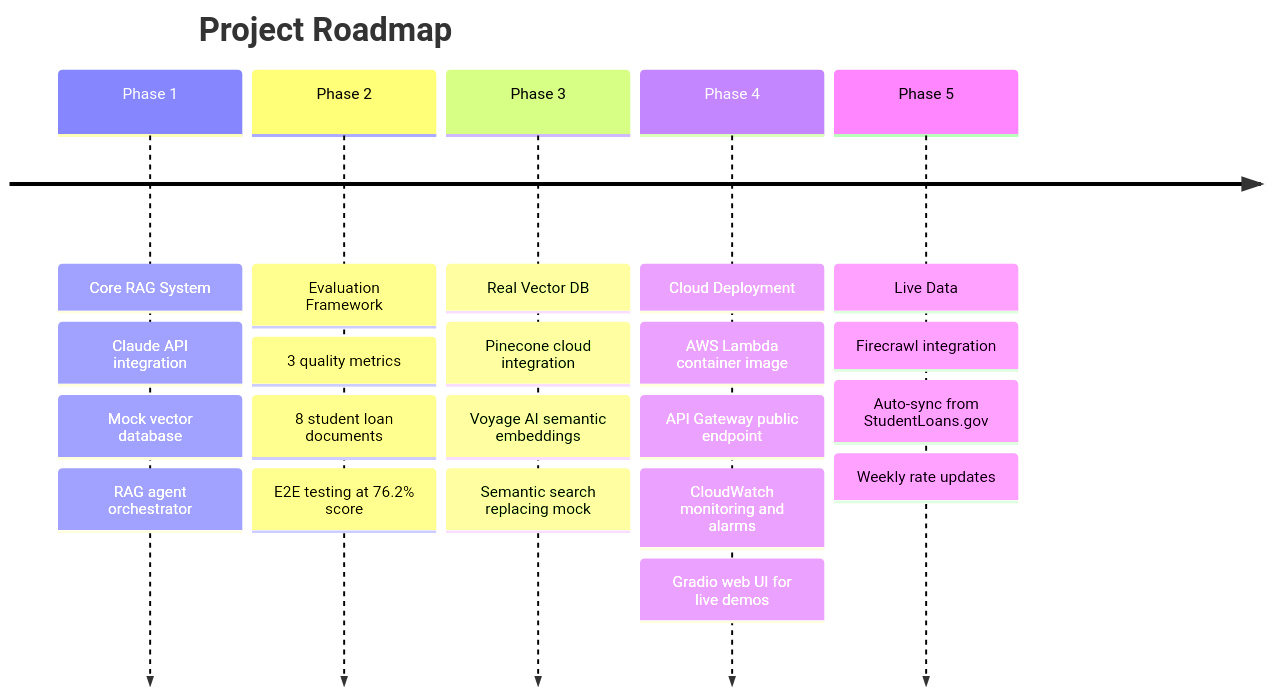
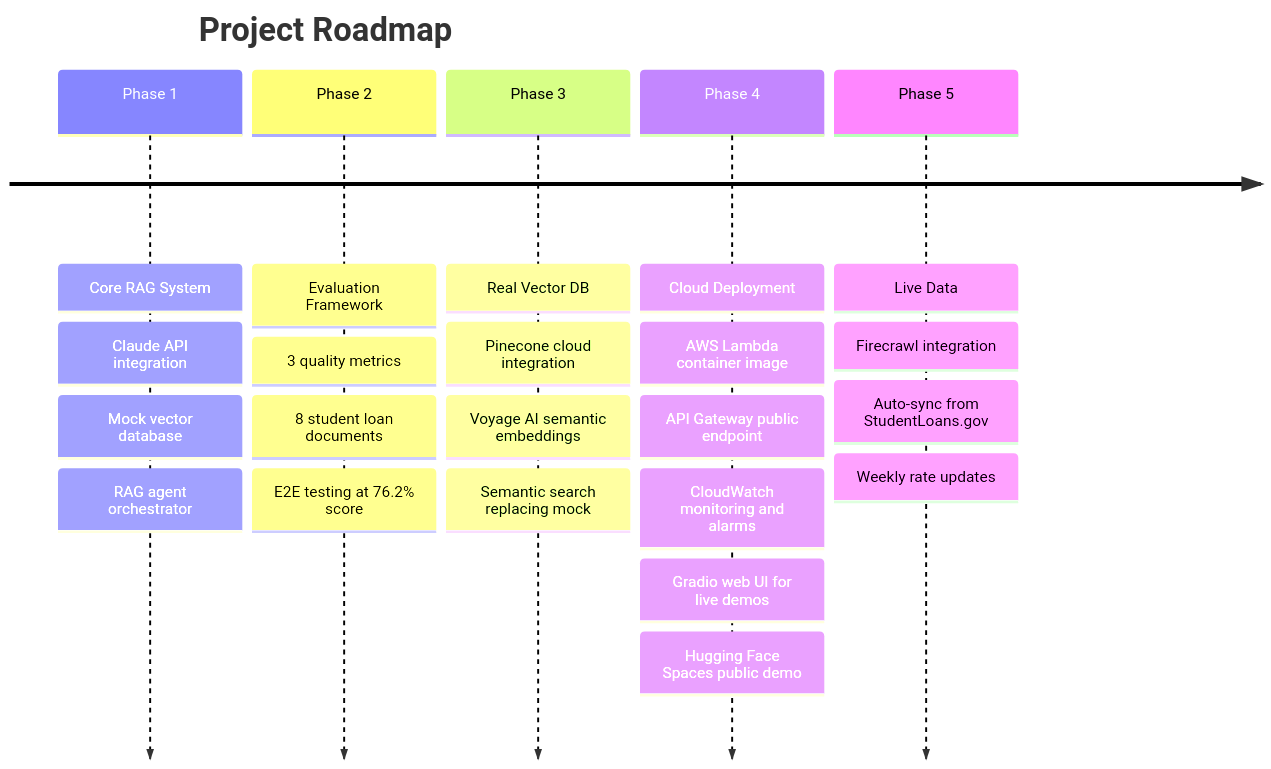
One commit to drona23/llm-rag-chatbot changed the fifth of 5 diagrams in README.md. Above: the diagram before and after it, drawn with Mermaid. The commit also changed other lines of this file and 4 other files, not shown here.

````diff
--- a/README.md
+++ b/README.md
@@ -312,25 +326,26 @@
 ```mermaid
 timeline
     title Project Roadmap
     Phase 1 : Core RAG System
             : Claude API integration
             : Mock vector database
             : RAG agent orchestrator
     Phase 2 : Evaluation Framework
             : 3 quality metrics
             : 8 student loan documents
             : E2E testing at 76.2% score
     Phase 3 : Real Vector DB
             : Pinecone cloud integration
             : Voyage AI semantic embeddings
             : Semantic search replacing mock
     Phase 4 : Cloud Deployment
             : AWS Lambda container image
             : API Gateway public endpoint
             : CloudWatch monitoring and alarms
             : Gradio web UI for live demos
+            : Hugging Face Spaces public demo
     Phase 5 : Live Data
             : Firecrawl integration
             : Auto-sync from StudentLoans.gov
             : Weekly rate updates
 ```
````
